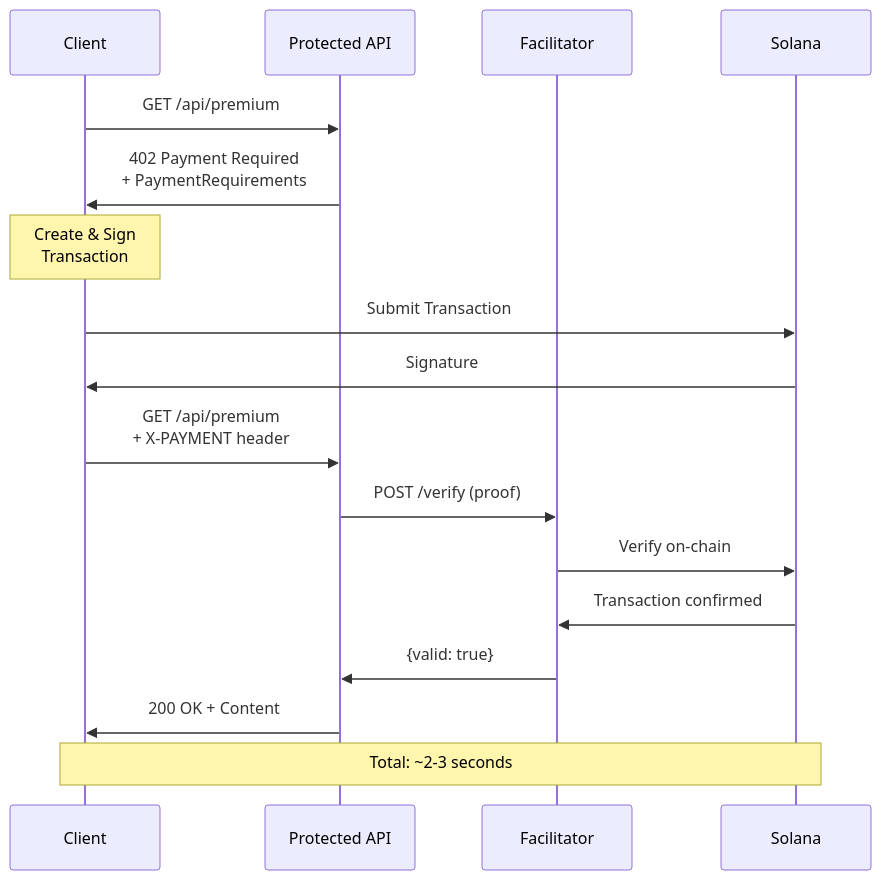
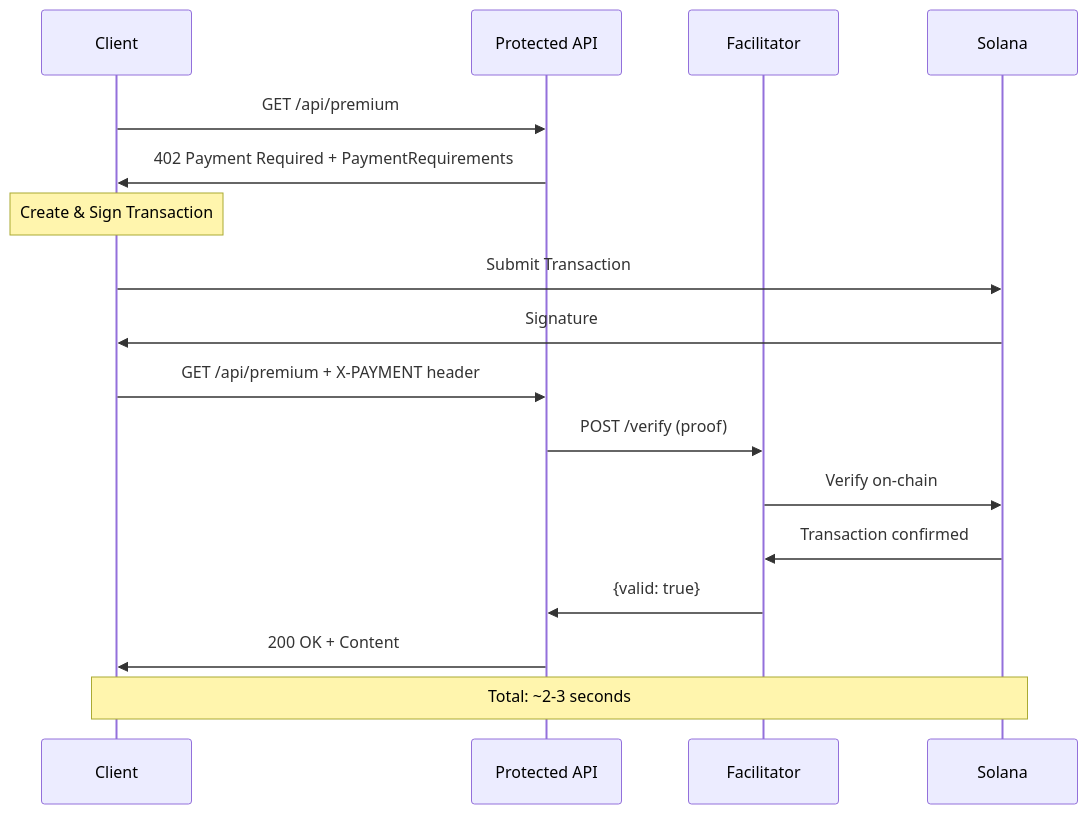
The second of 3 diagrams in README.md (Blessedbiello/402pay), drawn with Mermaid before and after one commit. The commit also changed other lines of this file, not shown here.

First line of the commit message:
fix: Replace HTML br tags with proper Mermaid syntax in diagrams

````diff
--- a/README.md
+++ b/README.md
@@ -221,24 +221,24 @@
 ```mermaid
 sequenceDiagram
     participant Client
     participant API as Protected API
     participant Facilitator
     participant Solana
 
     Client->>API: GET /api/premium
-    API->>Client: 402 Payment Required<br/>+ PaymentRequirements
+    API->>Client: 402 Payment Required + PaymentRequirements
 
-    Note over Client: Create & Sign<br/>Transaction
+    Note over Client: Create & Sign Transaction
 
     Client->>Solana: Submit Transaction
     Solana->>Client: Signature
 
-    Client->>API: GET /api/premium<br/>+ X-PAYMENT header
+    Client->>API: GET /api/premium + X-PAYMENT header
     API->>Facilitator: POST /verify (proof)
     Facilitator->>Solana: Verify on-chain
     Solana->>Facilitator: Transaction confirmed
     Facilitator->>API: {valid: true}
     API->>Client: 200 OK + Content
 
     Note over Client,Solana: Total: ~2-3 seconds
 ```
````
